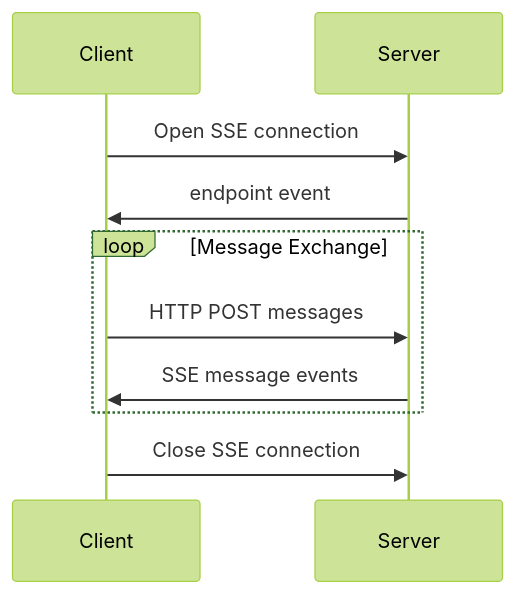
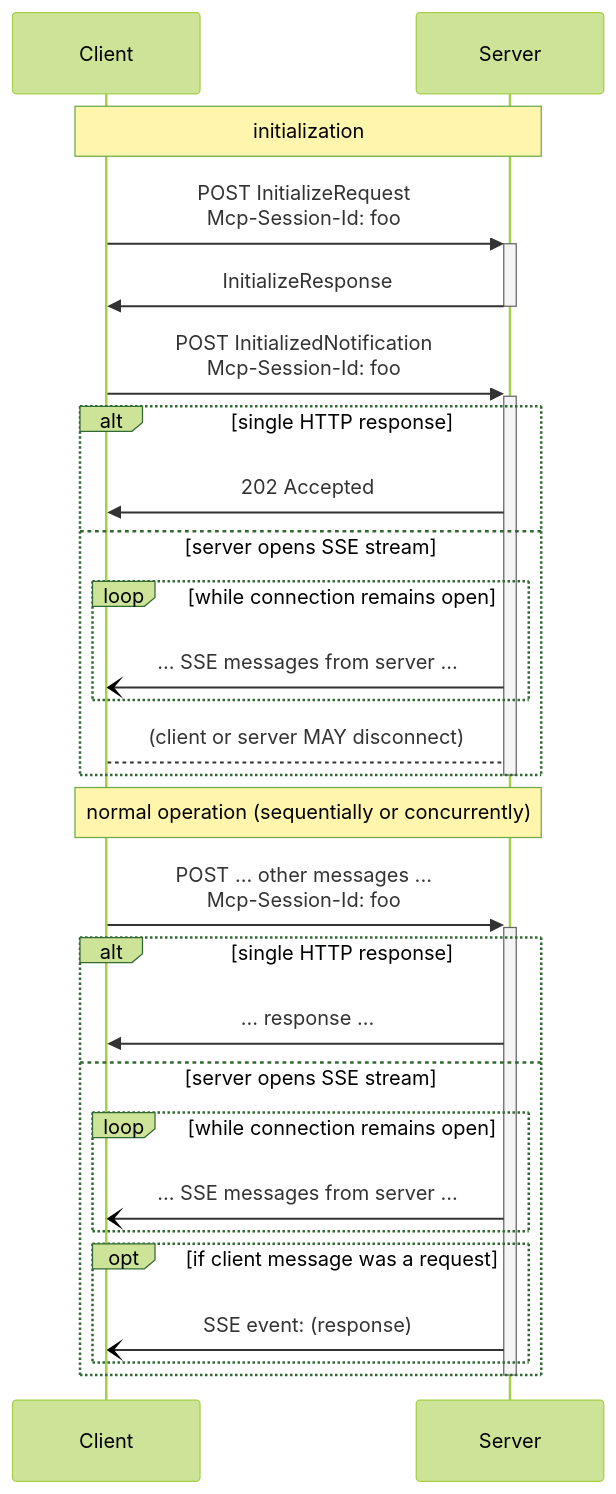
The second of 2 diagrams in docs/specification/draft/basic/transports.md (zcstarr/modelcontextprotocol), drawn with Mermaid (forest theme) before and after one commit. The commit also changed other lines of this file, not shown here.

Commit message:
"Streamable HTTP" spec

````diff
--- a/docs/specification/draft/basic/transports.md
+++ b/docs/specification/draft/basic/transports.md
@@ -69,13 +107,40 @@
 ```mermaid
 sequenceDiagram
     participant Client
     participant Server
+    
+    note over Client, Server: initialization
 
-    Client->>Server: Open SSE connection
-    Server->>Client: endpoint event
-    loop Message Exchange
-        Client->>Server: HTTP POST messages
-        Server->>Client: SSE message events
+    Client->>+Server: POST InitializeRequest<br>Mcp-Session-Id: foo
+    Server->>Client: InitializeResponse
+    deactivate Server
+    
+    Client->>+Server: POST InitializedNotification<br>Mcp-Session-Id: foo
+    
+    alt single HTTP response
+      Server->>Client: 202 Accepted
+    else server opens SSE stream
+      loop while connection remains open
+          Server-)Client: ... SSE messages from server ...
+      end
+      Client-->Server: (client or server MAY disconnect)
     end
-    Client->>Server: Close SSE connection
+    deactivate Server
+  
+    note over Client, Server: normal operation (sequentially or concurrently)
+  
+    Client->>+Server: POST ... other messages ...<br>Mcp-Session-Id: foo
+    
+    alt single HTTP response
+      Server->>Client: ... response ...
+    else server opens SSE stream
+      loop while connection remains open
+          Server-)Client: ... SSE messages from server ...
+      end
+      opt if client message was a request
+        Server-)Client: SSE event: (response)
+      end
+    end
+    
+    deactivate Server
 ```
````
